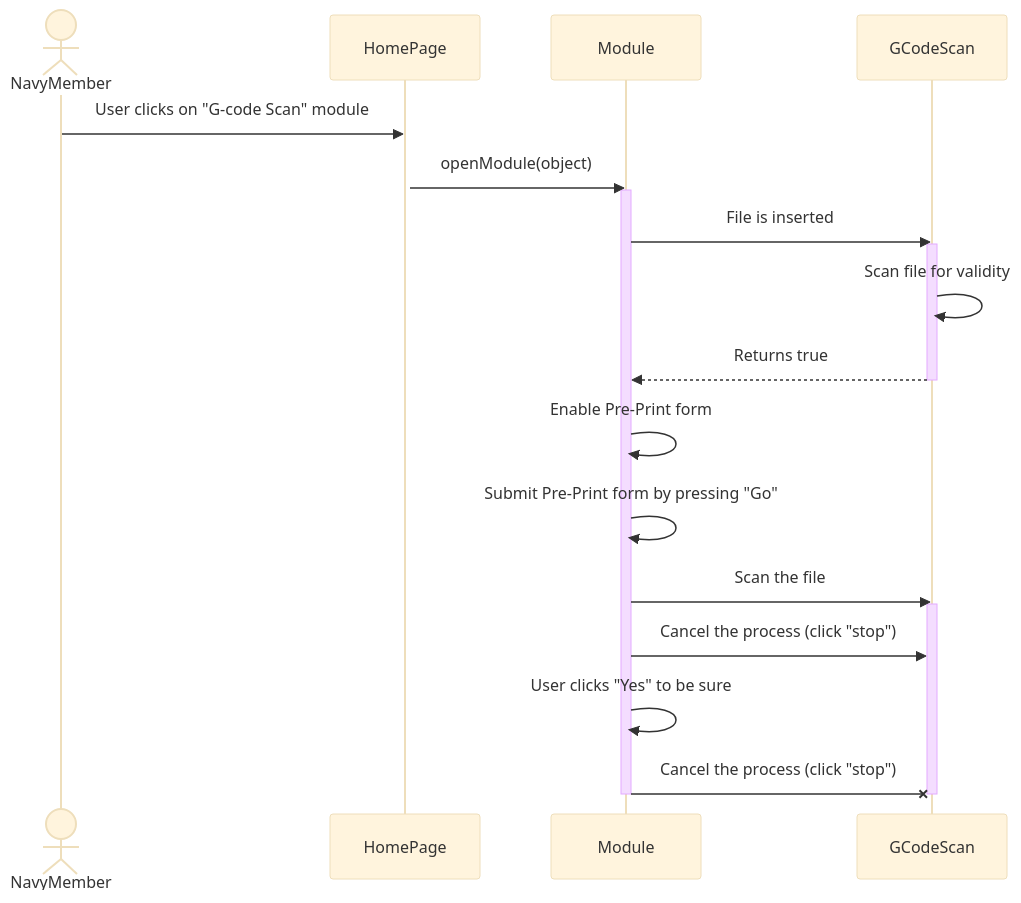
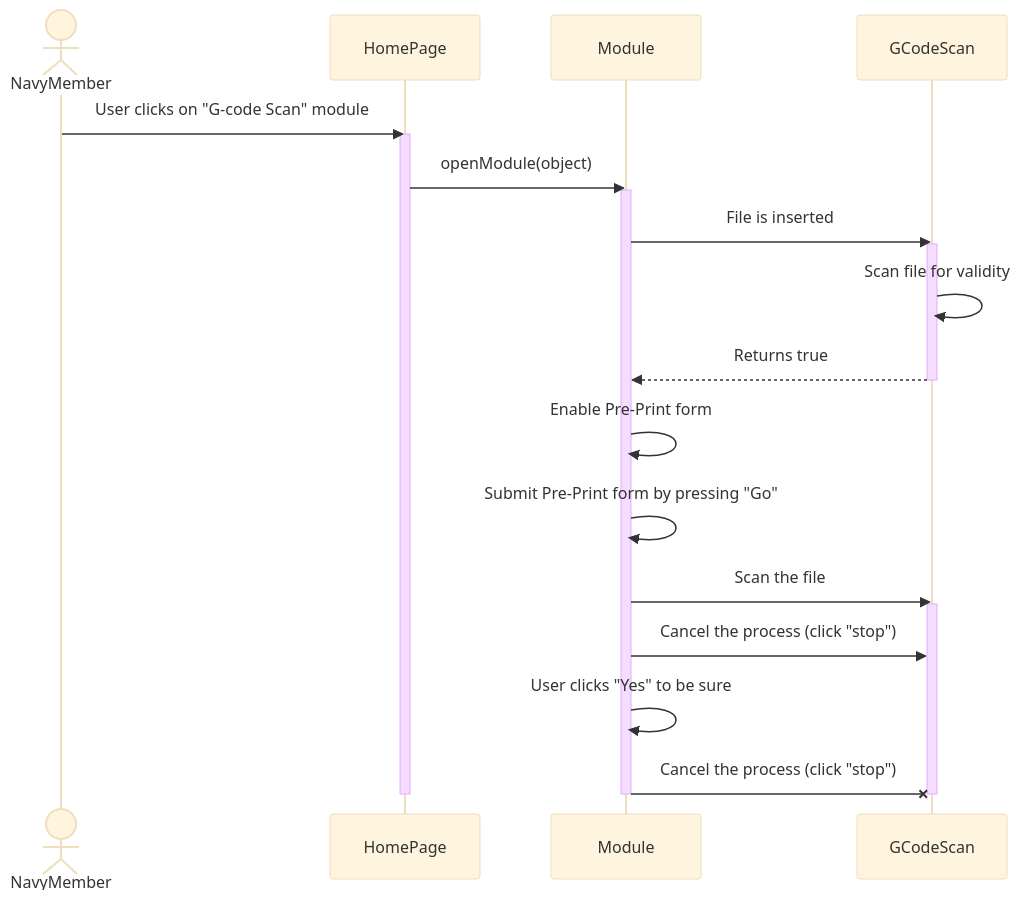
Before and after one commit to Capstone-Projects-2025-Spring/project-3d-printer-security: the fourth of 7 diagrams in documentation/docs/requirements/use-case-descriptions.md, drawn with Mermaid (base theme). The commit also changed other lines of this file, not shown here.

Commit message:
replace image with mermaid js sequence diagram for use case 5-7

````diff
--- a/documentation/docs/requirements/use-case-descriptions.md
+++ b/documentation/docs/requirements/use-case-descriptions.md
@@ -87,22 +89,23 @@
 ```mermaid
 sequenceDiagram
   actor NavyMember
   NavyMember->>HomePage: User clicks on "G-code Scan" module
   activate HomePage
   HomePage->>Module: openModule(object)
   activate Module
   Module->>GCodeScan: File is inserted
   activate GCodeScan
   GCodeScan->>GCodeScan: Scan file for validity
   GCodeScan-->>Module: Returns true
   deactivate GCodeScan
   Module->>Module: Enable Pre-Print form
   Module->>Module: Submit Pre-Print form by pressing "Go"
   Module->>GCodeScan: Scan the file
   activate GCodeScan
   Module->>GCodeScan: Cancel the process (click "stop")
   Module->>Module: User clicks "Yes" to be sure
   Module-XGCodeScan: Cancel the process (click "stop")
   deactivate GCodeScan
   deactivate Module
+  deactivate HomePage
 ```
````
